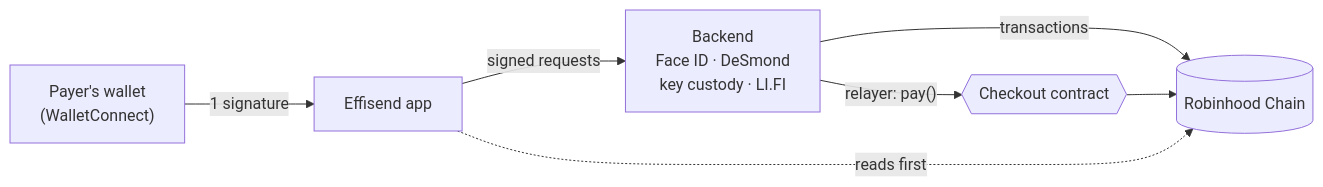
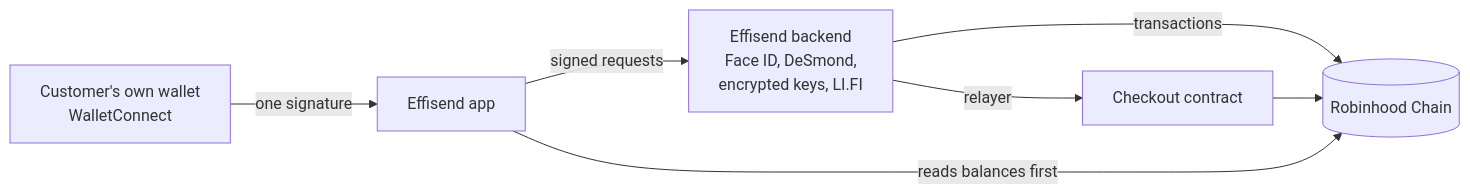
The seventh of 7 diagrams in README.md (altaga/Effisend-RH), drawn with Mermaid before and after one commit. The commit also changed other lines of this file, not shown here.

First line of the commit message:
README: explain each feature in plain words; diagrams GitHub can render

````diff
--- a/README.md
+++ b/README.md
@@ -170,9 +203,9 @@
 ```mermaid
 flowchart LR
-  W["Payer's wallet<br/>(WalletConnect)"] -- "1 signature" --> A["Effisend app"]
-  A -- "signed requests" --> B["Backend<br/>Face ID · DeSmond<br/>key custody · LI.FI"]
-  B -- "transactions" --> R[("Robinhood Chain")]
-  B -- "relayer: pay()" --> C{{"Checkout contract"}}
+  W["Customer's own wallet<br/>WalletConnect"] -->|"one signature"| A["Effisend app"]
+  A -->|"signed requests"| B["Effisend backend<br/>Face ID, DeSmond,<br/>encrypted keys, LI.FI"]
+  B -->|"transactions"| R[("Robinhood Chain")]
+  B -->|"relayer"| C["Checkout contract"]
   C --> R
-  A -. "reads first" .-> R
+  A -->|"reads balances first"| R
 ```
````
